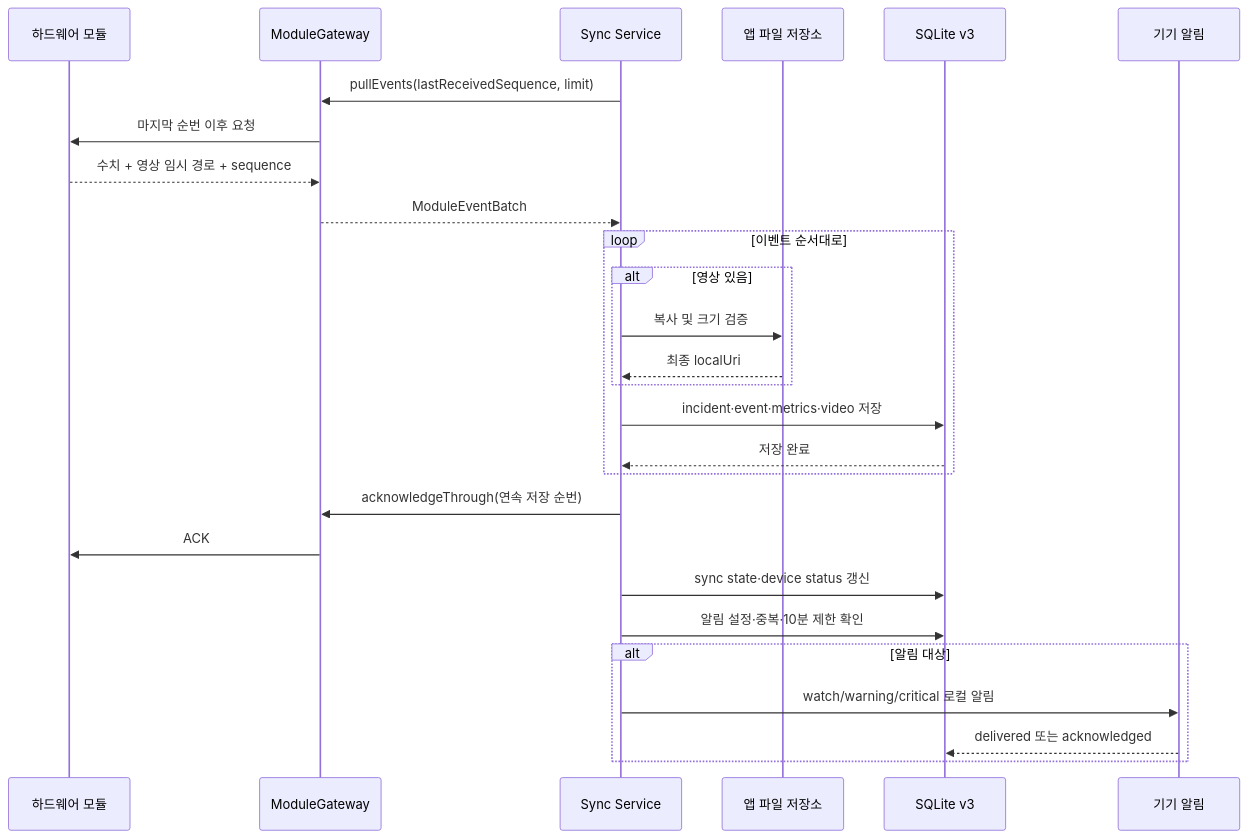
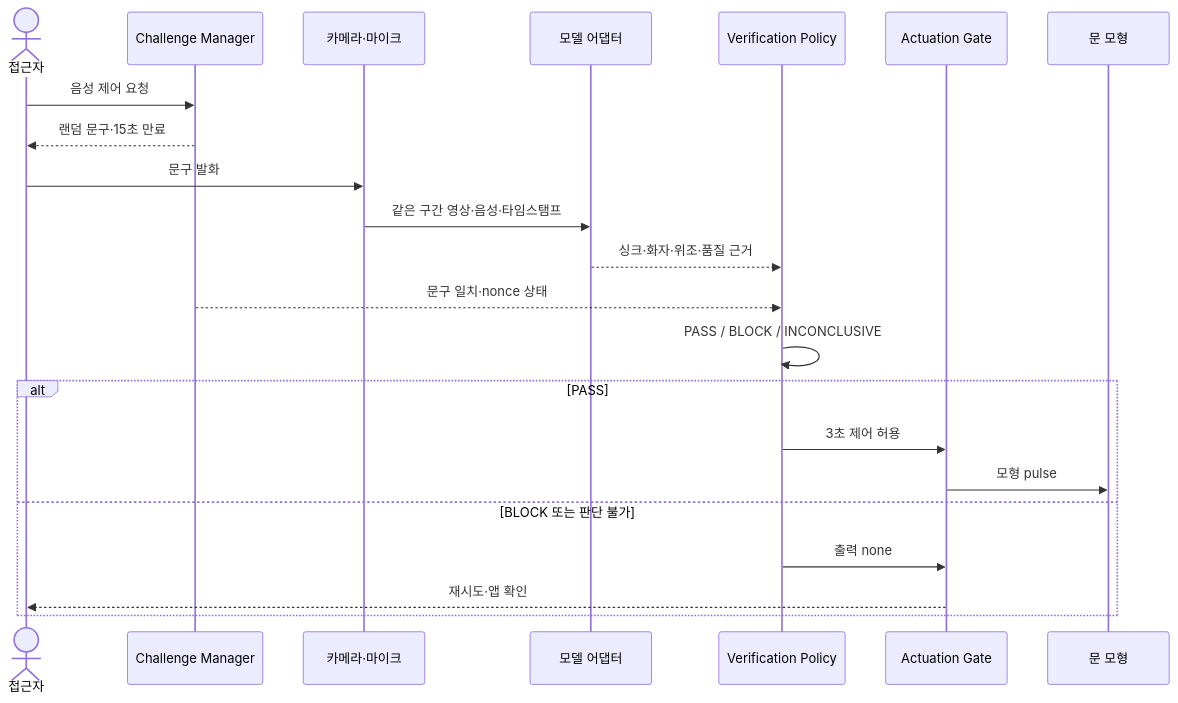
Before and after one commit to Uree1229/Risk-ZERO: the diagram in docs/Diagram/05-sensor-ingest-sequence.md, drawn with Mermaid. The commit also changed other lines of this file and 75 other files, not shown here.

````diff
--- a/docs/Diagram/05-sensor-ingest-sequence.md
+++ b/docs/Diagram/05-sensor-ingest-sequence.md
@@ -9,33 +5,25 @@
 ```mermaid
 sequenceDiagram
-    participant HW as 하드웨어 모듈
-    participant GW as ModuleGateway
-    participant SY as Sync Service
-    participant FS as 앱 파일 저장소
-    participant DB as SQLite v3
-    participant NT as 기기 알림
+    actor Person as 접근자
+    participant Challenge as Challenge Manager
+    participant Capture as 카메라·마이크
+    participant Models as 모델 어댑터
+    participant Policy as Verification Policy
+    participant Gate as Actuation Gate
+    participant Lock as 문 모형
 
-    SY->>GW: pullEvents(lastReceivedSequence, limit)
-    GW->>HW: 마지막 순번 이후 요청
-    HW-->>GW: 수치 + 영상 임시 경로 + sequence
-    GW-->>SY: ModuleEventBatch
-
-    loop 이벤트 순서대로
-        alt 영상 있음
-            SY->>FS: 복사 및 크기 검증
-            FS-->>SY: 최종 localUri
-        end
-        SY->>DB: incident·event·metrics·video 저장
-        DB-->>SY: 저장 완료
-    end
-
-    SY->>GW: acknowledgeThrough(연속 저장 순번)
-    GW->>HW: ACK
-    SY->>DB: sync state·device status 갱신
-    SY->>DB: 알림 설정·중복·10분 제한 확인
-
-    alt 알림 대상
-        SY->>NT: watch/warning/critical 로컬 알림
-        NT-->>DB: delivered 또는 acknowledged
+    Person->>Challenge: 음성 제어 요청
+    Challenge-->>Person: 랜덤 문구·15초 만료
+    Person->>Capture: 문구 발화
+    Capture->>Models: 같은 구간 영상·음성·타임스탬프
+    Models-->>Policy: 싱크·화자·위조·품질 근거
+    Challenge-->>Policy: 문구 일치·nonce 상태
+    Policy->>Policy: PASS / BLOCK / INCONCLUSIVE
+    alt PASS
+        Policy->>Gate: 3초 제어 허용
+        Gate->>Lock: 모형 pulse
+    else BLOCK 또는 판단 불가
+        Policy->>Gate: 출력 none
+        Gate-->>Person: 재시도·앱 확인
     end
 ```
````
